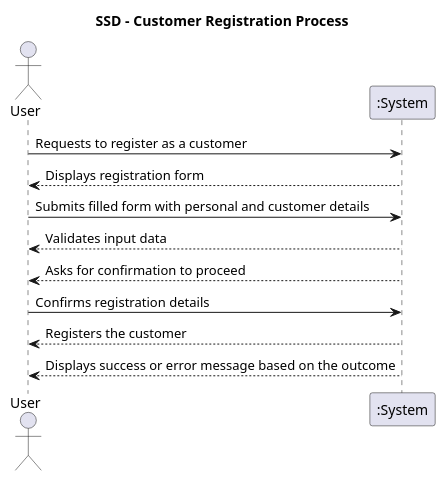
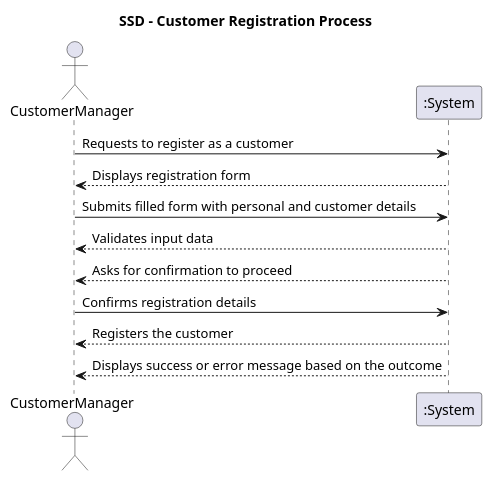
One commit to Mendoncaa/LAPR4 changed the diagram in docs/sprintB/US1001/01.requirements-engineering/SSD.puml. Above: the diagram before and after it, drawn with PlantUML. The commit also changed 28 other files, not shown here.

```diff
--- a/docs/sprintB/US1001/01.requirements-engineering/SSD.puml
+++ b/docs/sprintB/US1001/01.requirements-engineering/SSD.puml
@@ -1,17 +1,17 @@
 @startuml
 title SSD - Customer Registration Process
 
-actor "User" as user
+actor "CustomerManager" as CustomerManager
 
-user -> ":System": Requests to register as a customer
-":System" --> user: Displays registration form
+CustomerManager -> ":System": Requests to register as a customer
+":System" --> CustomerManager: Displays registration form
 
-user -> ":System": Submits filled form with personal and customer details
-":System" --> user: Validates input data
-":System" --> user: Asks for confirmation to proceed
-user -> ":System": Confirms registration details
+CustomerManager -> ":System": Submits filled form with personal and customer details
+":System" --> CustomerManager: Validates input data
+":System" --> CustomerManager: Asks for confirmation to proceed
+CustomerManager -> ":System": Confirms registration details
 
-":System" --> user: Registers the customer
-":System" --> user: Displays success or error message based on the outcome
+":System" --> CustomerManager: Registers the customer
+":System" --> CustomerManager: Displays success or error message based on the outcome
 
 @enduml
```
